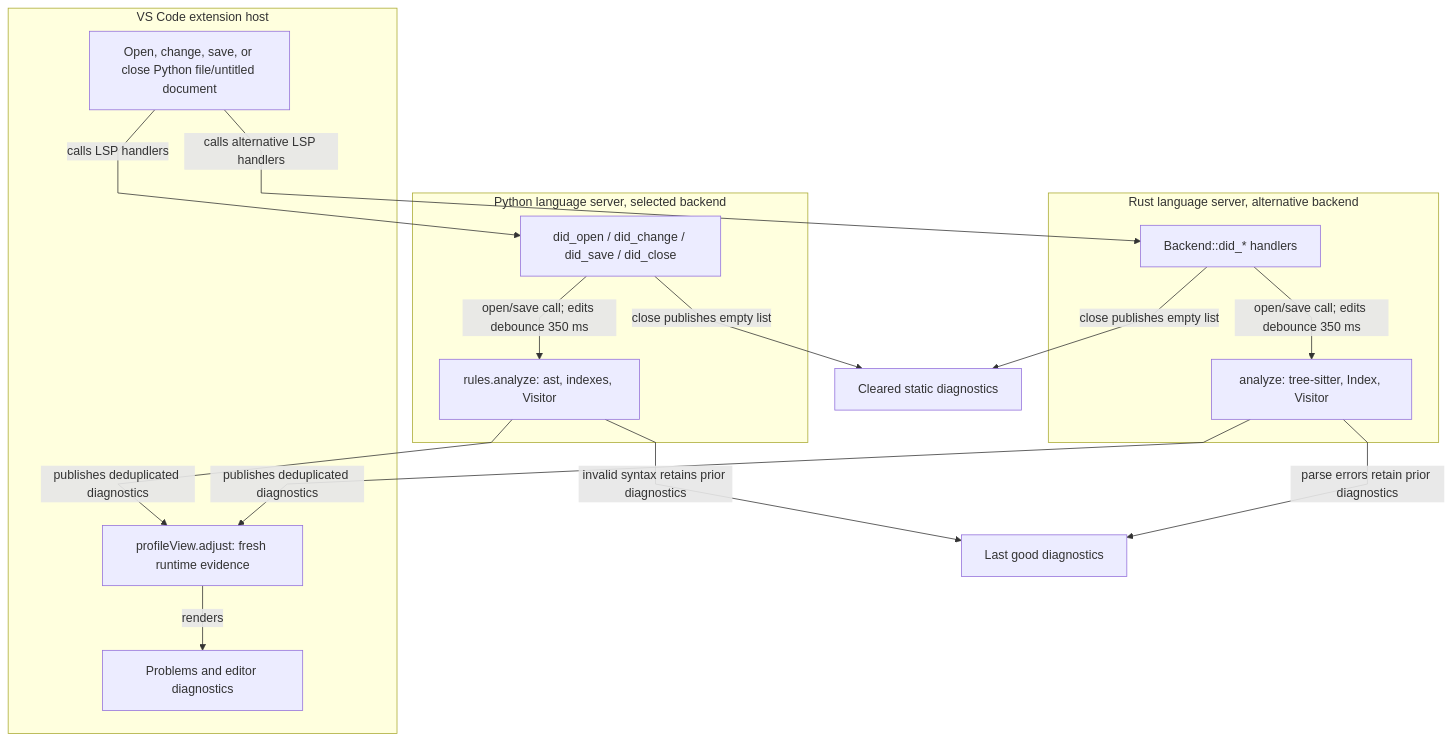
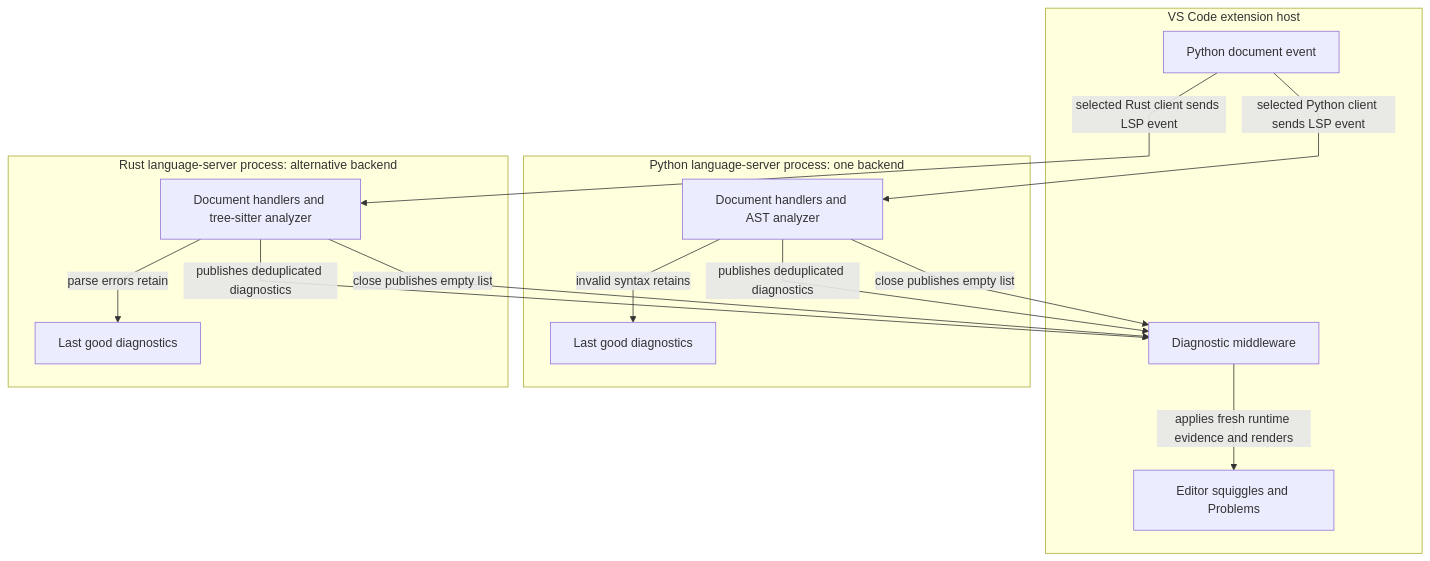
Before and after one commit to AashishTangnami/python-memory-guardian: the second of 11 diagrams in docs/feature-map.md, drawn with Mermaid. The commit also changed other lines of this file and 11 other files, not shown here.

````diff
--- a/docs/feature-map.md
+++ b/docs/feature-map.md
@@ -73,28 +53,26 @@
 ```mermaid
 %%{init: {"fontFamily":"Inter, ui-sans-serif, system-ui, sans-serif","flowchart":{"curve":"linear","nodeSpacing":50,"rankSpacing":60},"layout":"dagre"}}%%
 flowchart TD
-    Event["Open, change, save, or close Python file/untitled document"] -->|calls LSP handlers| Dispatch["did_open / did_change / did_save / did_close"]
     subgraph EXT["VS Code extension host"]
-      Event
-      Middleware["profileView.adjust: fresh runtime evidence"]
-      UI["Problems and editor diagnostics"]
+      Event["Python document event"]
+      Feedback["Diagnostic middleware"]
+      UI["Editor squiggles and Problems"]
     end
-    subgraph PY["Python language server, selected backend"]
-      Dispatch
-      PyAnalyze["rules.analyze: ast, indexes, Visitor"]
+    subgraph PY["Python language-server process: one backend"]
+      Py["Document handlers and AST analyzer"]
+      PyKeep["Last good diagnostics"]
     end
-    subgraph RS["Rust language server, alternative backend"]
-      RustDispatch["Backend::did_* handlers"]
-      RsAnalyze["analyze: tree-sitter, Index, Visitor"]
+    subgraph RS["Rust language-server process: alternative backend"]
+      Rs["Document handlers and tree-sitter analyzer"]
+      RsKeep["Last good diagnostics"]
     end
-    Event -->|calls alternative LSP handlers| RustDispatch
-    Dispatch -->|open/save call; edits debounce 350 ms| PyAnalyze
-    RustDispatch -->|open/save call; edits debounce 350 ms| RsAnalyze
-    PyAnalyze -->|publishes deduplicated diagnostics| Middleware
-    RsAnalyze -->|publishes deduplicated diagnostics| Middleware
-    PyAnalyze -->|invalid syntax retains prior diagnostics| Keep["Last good diagnostics"]
-    RsAnalyze -->|parse errors retain prior diagnostics| Keep
-    Dispatch -->|close publishes empty list| Clear["Cleared static diagnostics"]
-    RustDispatch -->|close publishes empty list| Clear
-    Middleware -->|renders| UI
+    Event -->|selected Python client sends LSP event| Py
+    Event -->|selected Rust client sends LSP event| Rs
+    Py -->|publishes deduplicated diagnostics| Feedback
+    Rs -->|publishes deduplicated diagnostics| Feedback
+    Py -->|invalid syntax retains| PyKeep
+    Rs -->|parse errors retain| RsKeep
+    Py -->|close publishes empty list| Feedback
+    Rs -->|close publishes empty list| Feedback
+    Feedback -->|applies fresh runtime evidence and renders| UI
 ```
````
